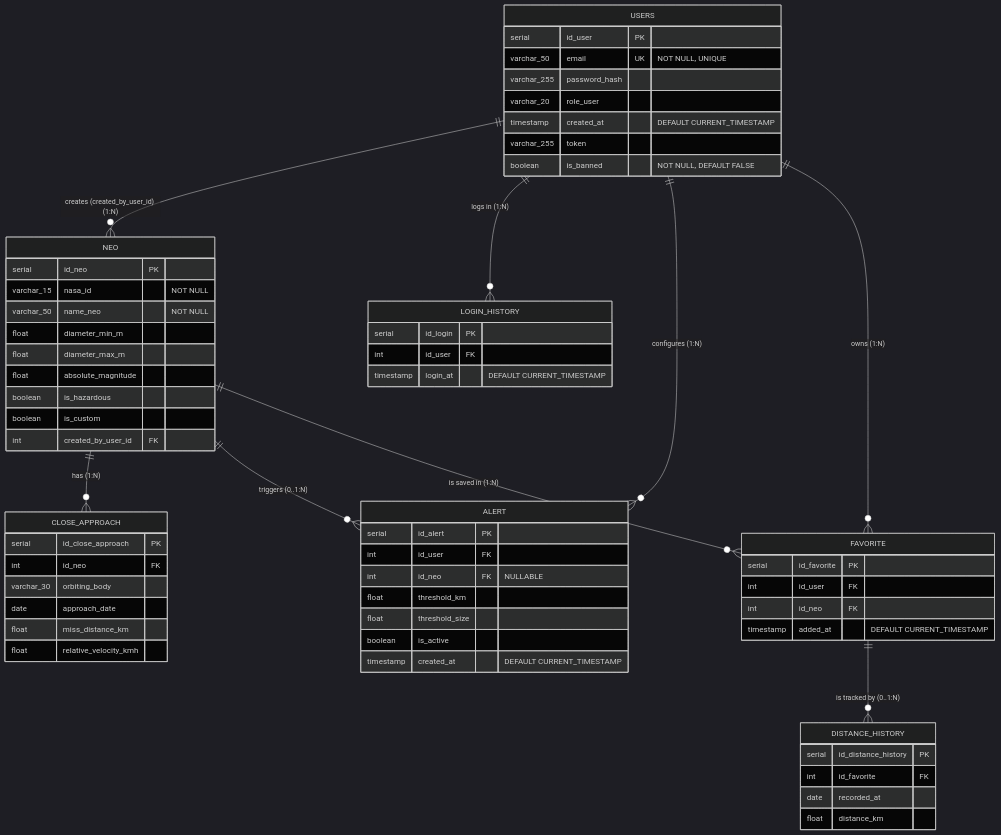
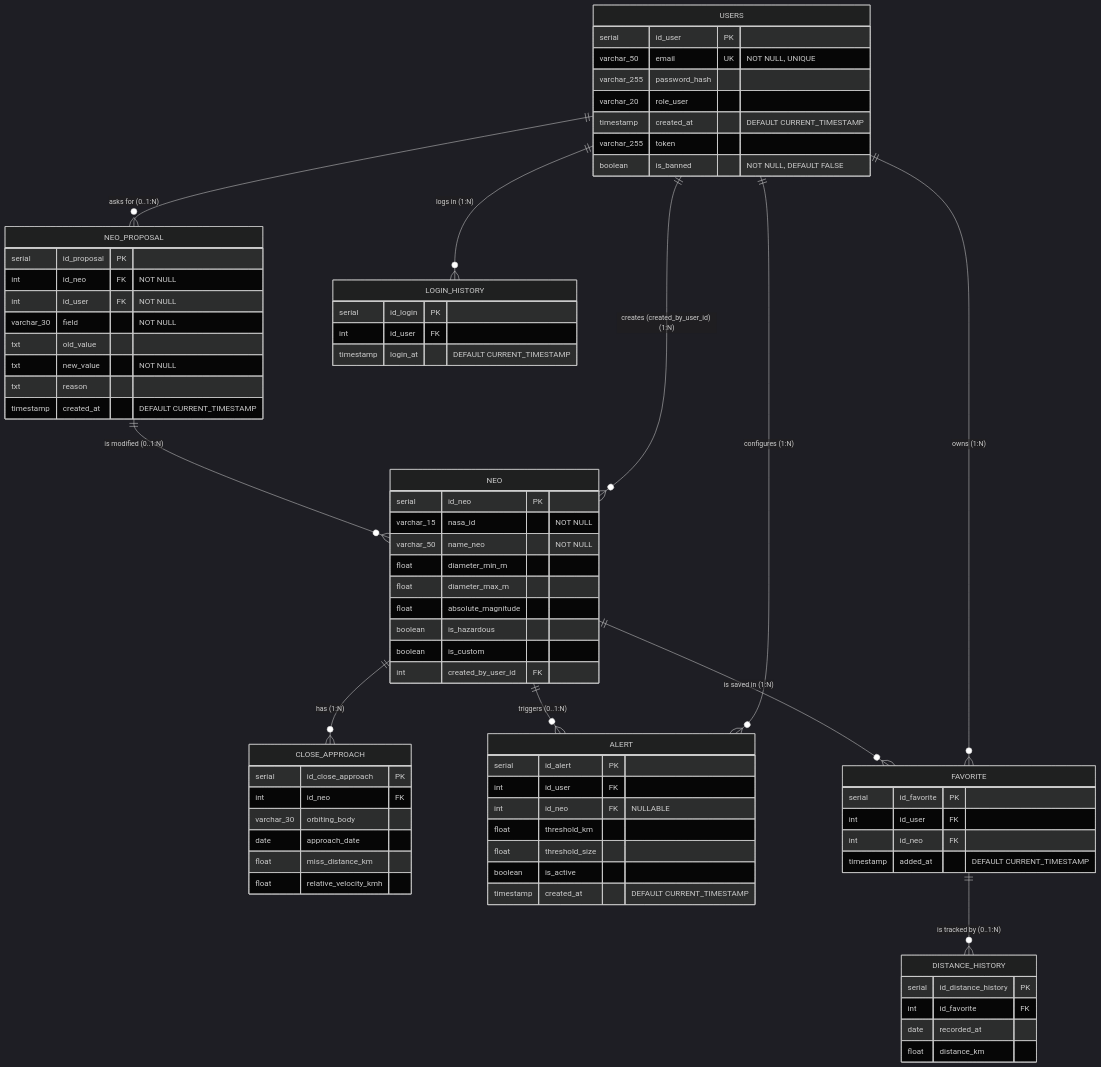
The diagram in doc/diagram/diagram_bdd.md (Yazaaaaaa/ensai-it-project-2a-team2), drawn with Mermaid (dark theme) before and after one commit.

Commit message:
Add NEO_PROPOSAL entity to diagram

````diff
--- a/doc/diagram/diagram_bdd.md
+++ b/doc/diagram/diagram_bdd.md
@@ -20,6 +20,17 @@
         boolean is_hazardous
         boolean is_custom
         int created_by_user_id FK
+    }
+
+    NEO_PROPOSAL {
+        serial id_proposal PK
+        int id_neo FK "NOT NULL"
+        int id_user FK "NOT NULL"
+        varchar_30 field "NOT NULL"
+        txt old_value
+        txt new_value "NOT NULL"
+        txt reason
+        timestamp created_at "DEFAULT CURRENT_TIMESTAMP"
     }
 
     CLOSE_APPROACH {
@@ -70,4 +81,6 @@
     NEO ||--o{ ALERT : "triggers (0..1:N)"
     NEO ||--o{ FAVORITE : "is saved in (1:N)"
     FAVORITE ||--o{ DISTANCE_HISTORY : "is tracked by (0..1:N)"
+    NEO_PROPOSAL ||--o{ NEO : "is modified (0..1:N)"
+    USERS ||--o{ NEO_PROPOSAL : "asks for (0..1:N)"
 ```
````
